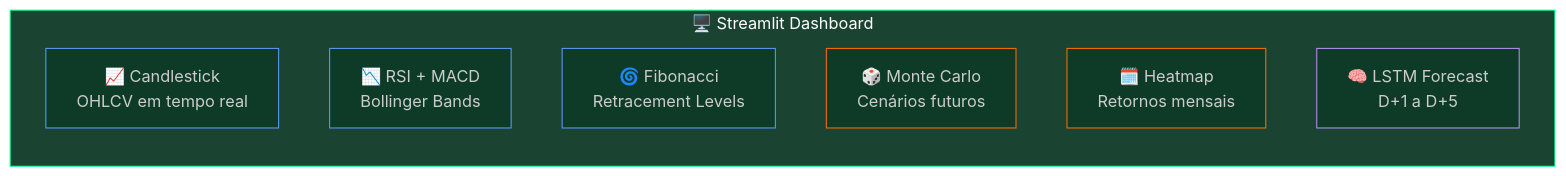
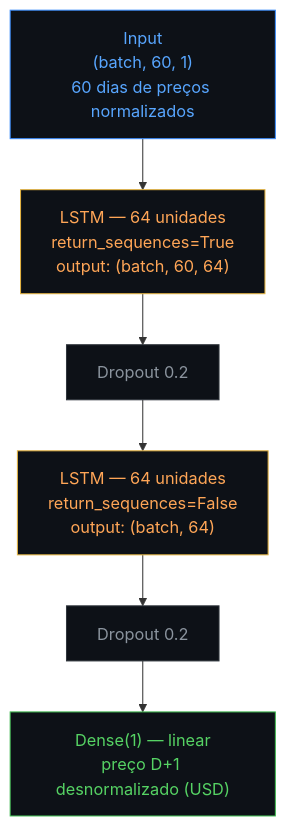
The third of 4 diagrams in README.md (dionebraga/Pos_Tech_MLET-Fase-4), drawn with Mermaid before and after one commit. The commit also changed other lines of this file, not shown here.

````diff
--- a/README.md
+++ b/README.md
@@ -168,20 +585,18 @@
 ```mermaid
-graph LR
-    subgraph DASH["🖥️ Streamlit Dashboard"]
-        direction TB
-        C1["📈 Candlestick\nOHLCV em tempo real"]
-        C2["📉 RSI + MACD\nBollinger Bands"]
-        C3["🌀 Fibonacci\nRetracement Levels"]
-        C4["🎲 Monte Carlo\nCenários futuros"]
-        C5["🗓️ Heatmap\nRetornos mensais"]
-        C6["🧠 LSTM Forecast\nD+1 a D+5"]
-    end
+flowchart TD
+    I["Input\n(batch, 60, 1)\n60 dias de preços normalizados"]
+    L1["LSTM — 64 unidades\nreturn_sequences=True\noutput: (batch, 60, 64)"]
+    D1["Dropout  0.2"]
+    L2["LSTM — 64 unidades\nreturn_sequences=False\noutput: (batch, 64)"]
+    D2["Dropout  0.2"]
+    O["Dense(1) — linear\npreço D+1 desnormalizado (USD)"]
 
-    style DASH fill:#1b4332,color:#fff,stroke:#00FF88
-    style C1 fill:#0d3b27,color:#ccc,stroke:#5B9DFF
-    style C2 fill:#0d3b27,color:#ccc,stroke:#5B9DFF
-    style C3 fill:#0d3b27,color:#ccc,stroke:#5B9DFF
-    style C4 fill:#0d3b27,color:#ccc,stroke:#FF6F00
-    style C5 fill:#0d3b27,color:#ccc,stroke:#FF6F00
-    style C6 fill:#0d3b27,color:#ccc,stroke:#B794F4
+    I --> L1 --> D1 --> L2 --> D2 --> O
+
+    style I  fill:#0d1117,color:#58a6ff,stroke:#388bfd
+    style L1 fill:#0d1117,color:#ffa657,stroke:#e3b341
+    style D1 fill:#0d1117,color:#8b949e,stroke:#30363d
+    style L2 fill:#0d1117,color:#ffa657,stroke:#e3b341
+    style D2 fill:#0d1117,color:#8b949e,stroke:#30363d
+    style O  fill:#0d1117,color:#56d364,stroke:#3fb950
 ```
````
